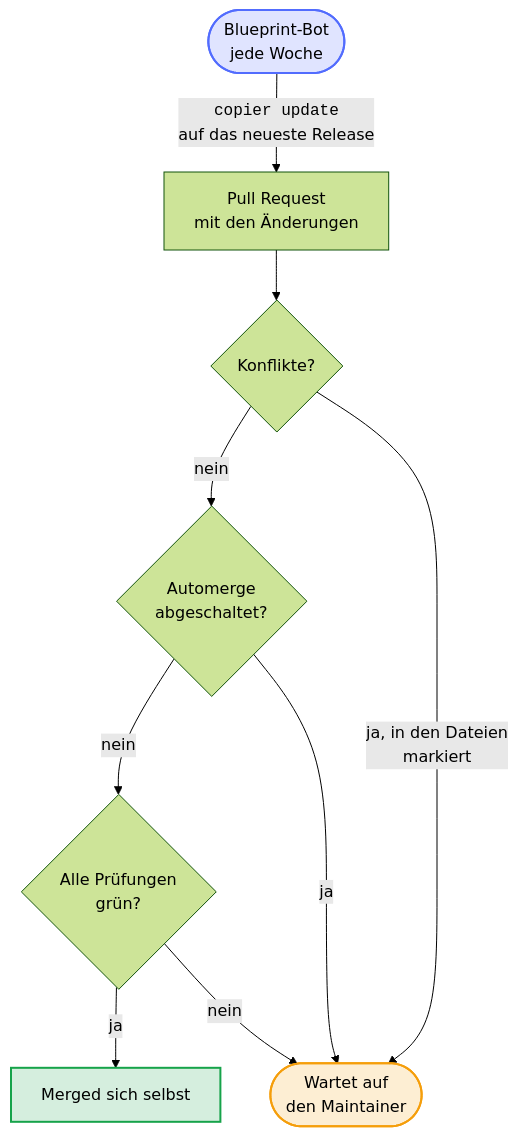
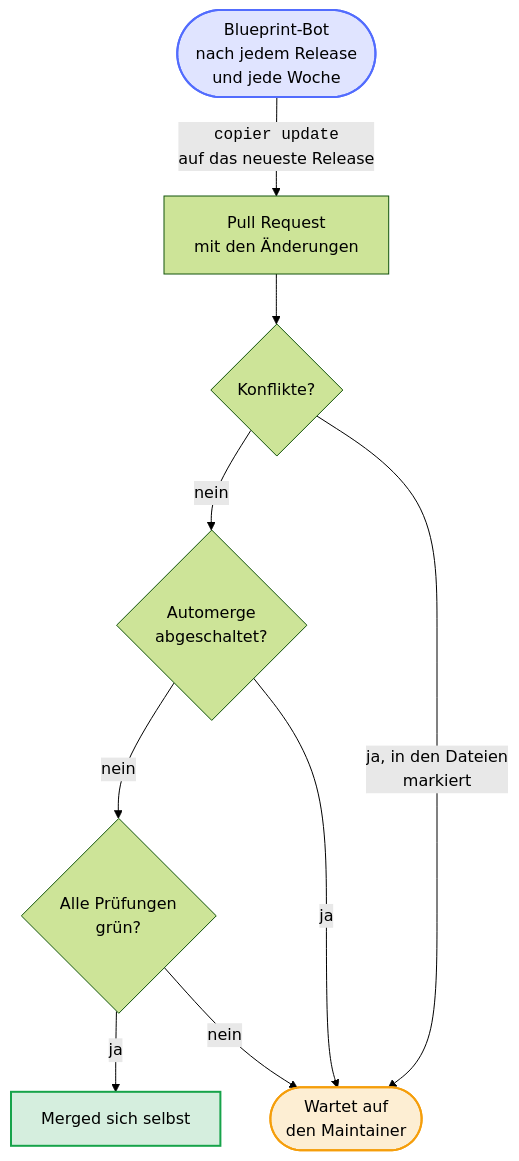
One commit to Dennis-Otto/repo-blueprint changed the fourth of 6 diagrams in README.de.md. Above: the diagram before and after it, drawn with Mermaid (forest theme). The commit also changed other lines of this file and 6 other files, not shown here.

First line of the commit message:
feat: roll out every release of the blueprint at once

````diff
--- a/README.de.md
+++ b/README.de.md
@@ -213,33 +213,33 @@
 ```mermaid
 ---
 config:
   flowchart:
     wrappingWidth: 400
 ---
 flowchart TB
     accTitle: Wie ein Update des Blueprints ankommt
-    accDescr: Jede Woche führt der Blueprint-Bot copier update auf das neueste Release des Blueprints aus und öffnet einen Pull Request. Mit Konflikten, oder mit BLUEPRINT_AUTOMERGE auf off, wartet er auf den Maintainer; sonst merged er sich selbst, sobald alle Prüfungen grün sind.
+    accDescr: Gleich nach jedem Release des Blueprints, und jede Woche, führt der Blueprint-Bot copier update auf das neueste Release aus und öffnet einen Pull Request. Mit Konflikten, oder mit BLUEPRINT_AUTOMERGE auf off, wartet er auf den Maintainer; sonst merged er sich selbst, sobald alle Prüfungen grün sind.
 
-    bot(["Blueprint-Bot<br>jede Woche"])
+    bot(["Blueprint-Bot<br>nach jedem Release<br>und jede Woche"])
     pr["Pull Request<br>mit den Änderungen"]
     conflicts{"Konflikte?"}
     off{"Automerge<br>abgeschaltet?"}
     checks{"Alle Prüfungen<br>grün?"}
     merged["Merged sich selbst"]
     wait(["Wartet auf<br>den Maintainer"])
 
     bot -- "<code>copier update</code><br>auf das neueste Release" --> pr --> conflicts
     conflicts -- "nein" --> off
     off -- "nein" --> checks
     checks -- "ja" --> merged
     conflicts -- "ja, in den Dateien<br>markiert" --> wait
     off -- "ja" --> wait
     checks -- "nein" --> wait
 
     classDef bot fill:#526cfe2e,stroke:#526cfe,stroke-width:2px
     classDef person fill:#f59e0b2e,stroke:#f59e0b,stroke-width:2px
     classDef done fill:#16a34a2e,stroke:#16a34a,stroke-width:2px
     class bot bot
     class wait person
     class merged done
 ```
````
